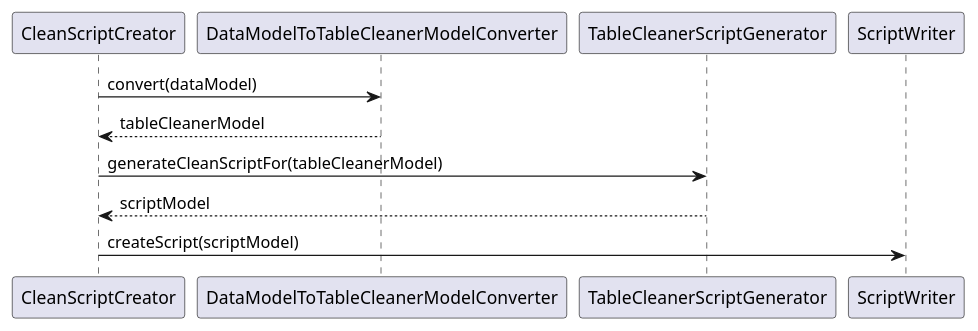
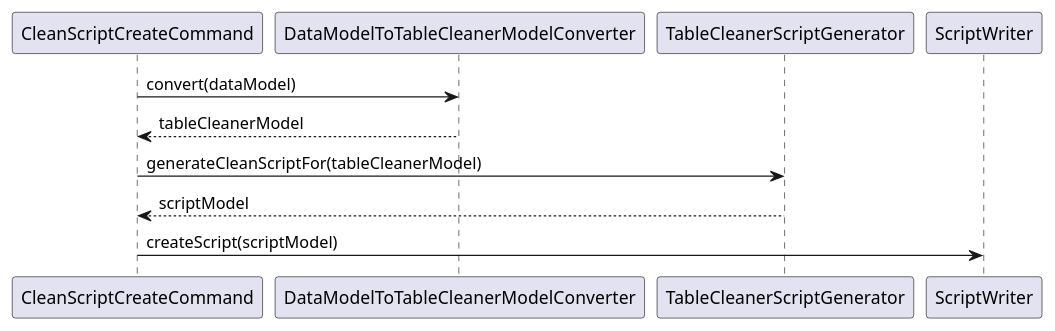
The diagram in documentation/sequence-happy-run.plantuml (greifentor/table-cleaner), drawn with PlantUML before and after one commit. The commit also changed 22 other files, not shown here.

```diff
--- a/documentation/sequence-happy-run.plantuml
+++ b/documentation/sequence-happy-run.plantuml
@@ -1,11 +1,11 @@
 @startuml
 
-CleanScriptCreator -> DataModelToTableCleanerModelConverter : convert(dataModel)
-CleanScriptCreator <-- DataModelToTableCleanerModelConverter : tableCleanerModel
+CleanScriptCreateCommand -> DataModelToTableCleanerModelConverter : convert(dataModel)
+CleanScriptCreateCommand <-- DataModelToTableCleanerModelConverter : tableCleanerModel
 
-CleanScriptCreator -> TableCleanerScriptGenerator : generateCleanScriptFor(tableCleanerModel)
-CleanScriptCreator <-- TableCleanerScriptGenerator : scriptModel
+CleanScriptCreateCommand -> TableCleanerScriptGenerator : generateCleanScriptFor(tableCleanerModel)
+CleanScriptCreateCommand <-- TableCleanerScriptGenerator : scriptModel
 
-CleanScriptCreator -> ScriptWriter : createScript(scriptModel)
+CleanScriptCreateCommand -> ScriptWriter : createScript(scriptModel)
 
 @enduml
```
